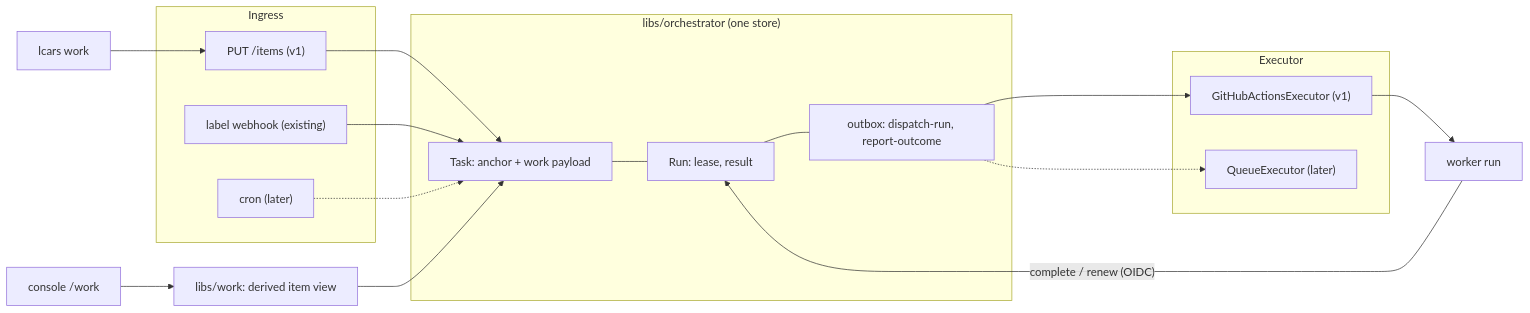
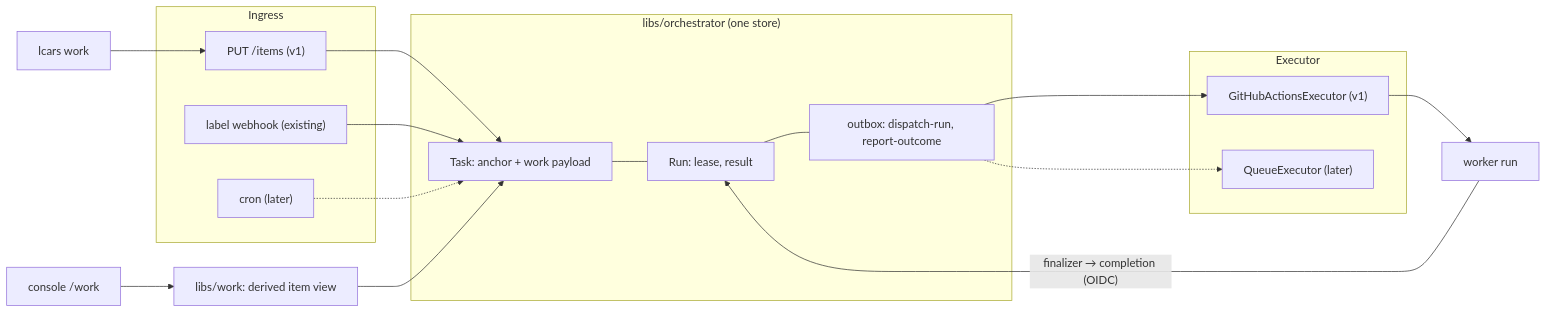
Before and after one commit to jlapenna/agent-lcars: the first of 4 diagrams in docs/superpowers/specs/2026-08-23-native-work-items-design.md, drawn with Mermaid. The commit also changed other lines of this file, not shown here.

````diff
--- a/docs/superpowers/specs/2026-08-23-native-work-items-design.md
+++ b/docs/superpowers/specs/2026-08-23-native-work-items-design.md
@@ -62,28 +62,28 @@
 ```mermaid
 flowchart LR
   subgraph Ingress
     API["PUT /items (v1)"]
     WH["label webhook (existing)"]
     CRON["cron (later)"]
   end
   subgraph Orchestrator["libs/orchestrator (one store)"]
     T["Task: anchor + work payload"]
     R["Run: lease, result"]
     OB["outbox: dispatch-run, report-outcome"]
     T --- R --- OB
   end
   subgraph Exec["Executor"]
     GHA["GitHubActionsExecutor (v1)"]
     Q["QueueExecutor (later)"]
   end
   API --> T
   WH --> T
   CRON -.-> T
   OB --> GHA
   OB -.-> Q
   GHA --> RUN["worker run"]
-  RUN -->|"complete / renew (OIDC)"| R
+  RUN -->|"finalizer → completion (OIDC)"| R
   V["libs/work: derived item view"] --> T
   CON["console /work"] --> V
   CLI["lcars work"] --> API
 ```
````
